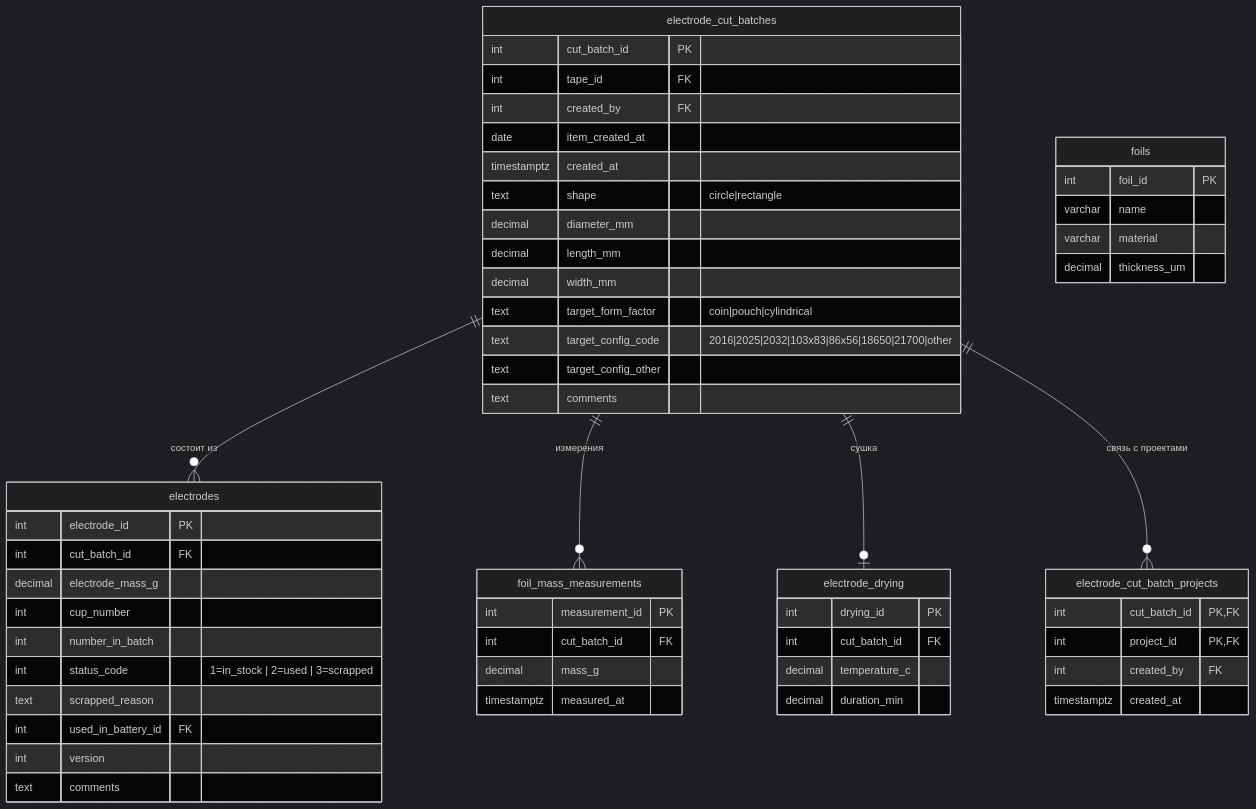
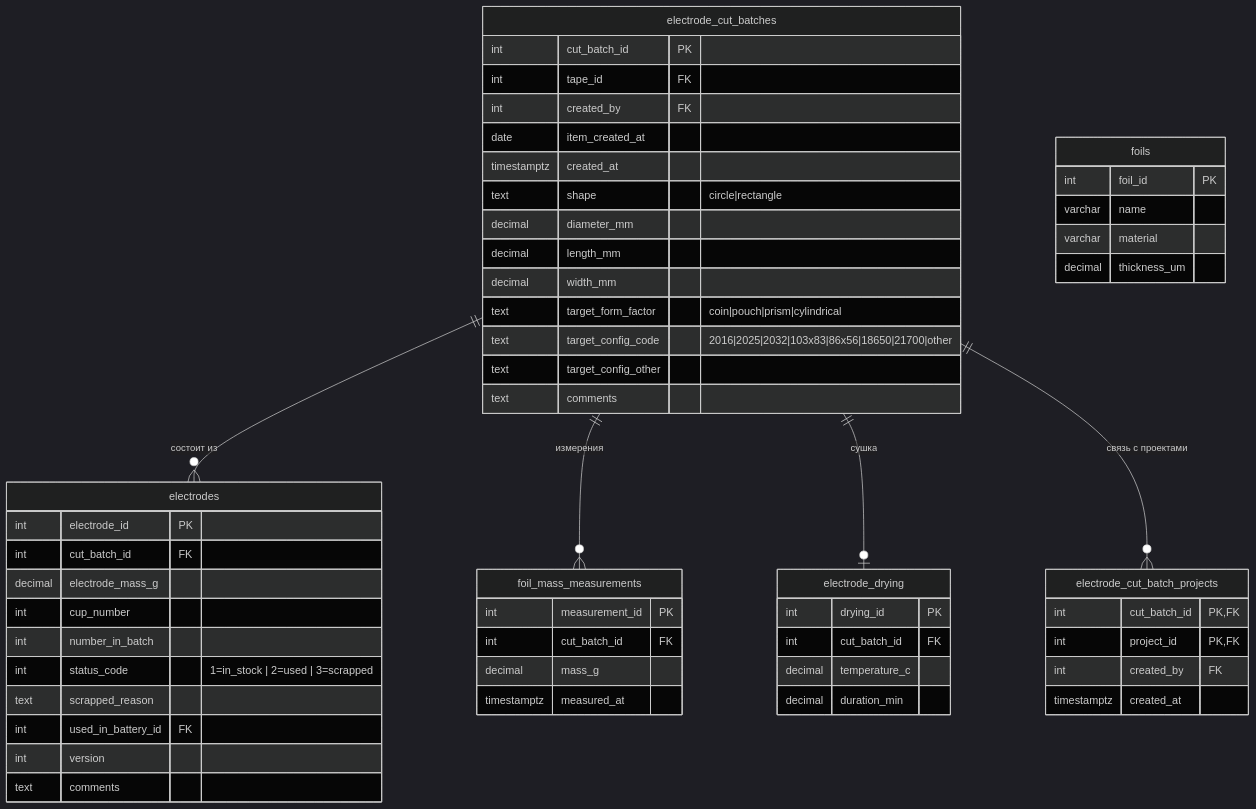
Before and after one commit to chem-coder/BADB---Battery-Assembly-Database: the seventh of 16 diagrams in Документация ЕСПД/03. Пояснительная записка.md, drawn with Mermaid (dark theme). The commit also changed other lines of this file and 42 other files, not shown here.

Commit message:
Add prism battery form factor

````diff
--- a/Документация ЕСПД/03. Пояснительная записка.md
+++ b/Документация ЕСПД/03. Пояснительная записка.md
@@ -570,59 +570,59 @@
 ```mermaid
 erDiagram
     electrode_cut_batches {
         int cut_batch_id PK
         int tape_id FK
         int created_by FK
         date item_created_at
         timestamptz created_at
         text shape "circle|rectangle"
         decimal diameter_mm
         decimal length_mm
         decimal width_mm
-        text target_form_factor "coin|pouch|cylindrical"
+        text target_form_factor "coin|pouch|prism|cylindrical"
         text target_config_code "2016|2025|2032|103x83|86x56|18650|21700|other"
         text target_config_other
         text comments
     }
     electrodes {
         int electrode_id PK
         int cut_batch_id FK
         decimal electrode_mass_g
         int cup_number
         int number_in_batch
         int status_code "1=in_stock | 2=used | 3=scrapped"
         text scrapped_reason
         int used_in_battery_id FK
         int version
         text comments
     }
     foil_mass_measurements {
         int measurement_id PK
         int cut_batch_id FK
         decimal mass_g
         timestamptz measured_at
     }
     electrode_drying {
         int drying_id PK
         int cut_batch_id FK
         decimal temperature_c
         decimal duration_min
     }
     foils {
         int foil_id PK
         varchar name
         varchar material
         decimal thickness_um
     }
     electrode_cut_batch_projects {
         int cut_batch_id PK,FK
         int project_id PK,FK
         int created_by FK
         timestamptz created_at
     }
 
     electrode_cut_batches ||--o{ electrodes : "состоит из"
     electrode_cut_batches ||--o{ foil_mass_measurements : "измерения"
     electrode_cut_batches ||--o| electrode_drying : "сушка"
     electrode_cut_batches ||--o{ electrode_cut_batch_projects : "связь с проектами"
 ```
````
